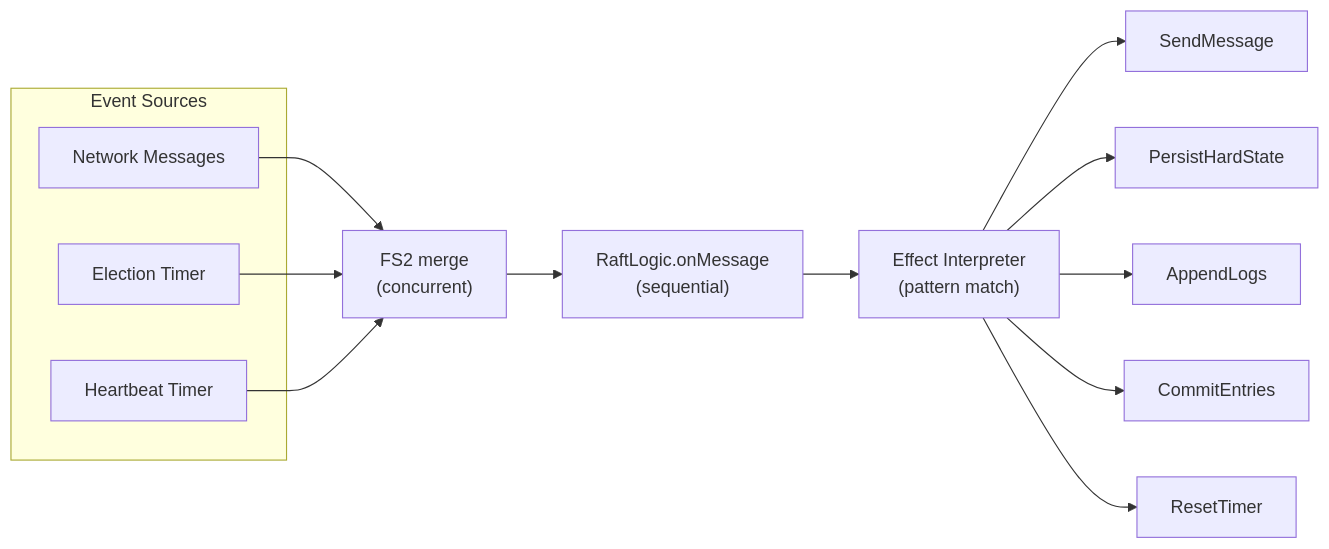
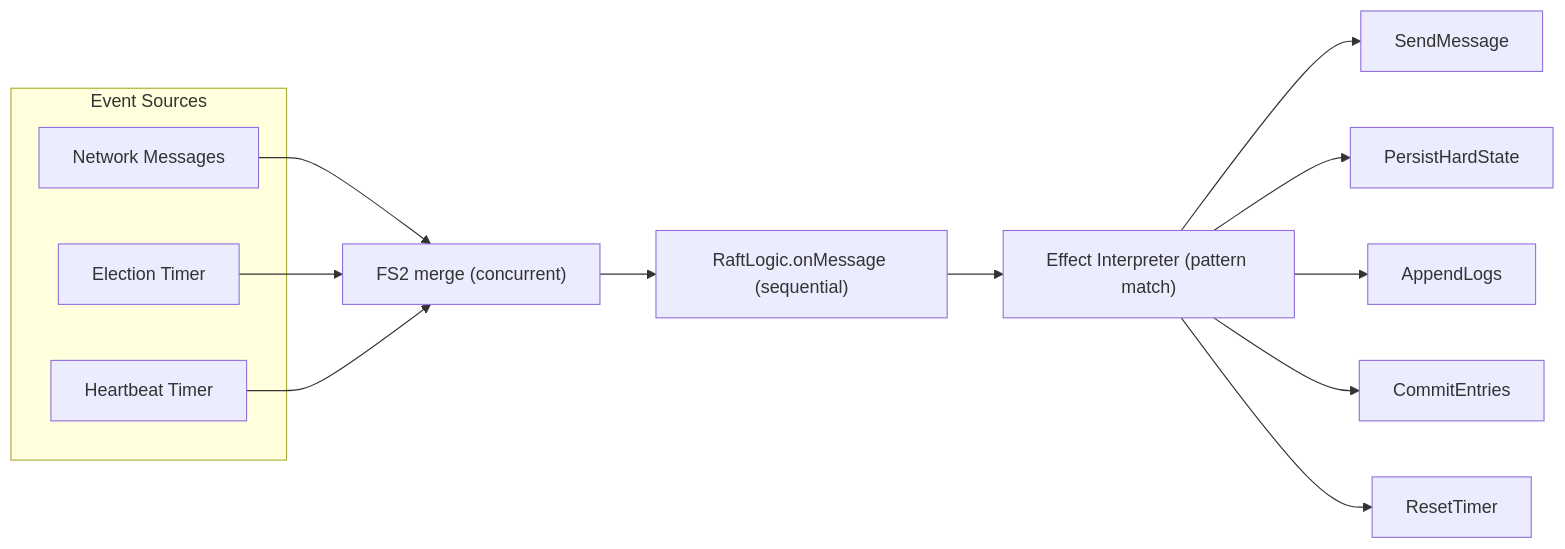
The diagram in docs/book/08-getting-started.md (bmscomp/raft), drawn with Mermaid before and after one commit. The commit also changed 38 other files, not shown here.

First line of the commit message:
docs: replace ASCII art with Mermaid diagrams across book and tutorials

````diff
--- a/docs/book/08-getting-started.md
+++ b/docs/book/08-getting-started.md
@@ -123,20 +123,20 @@
 ```mermaid
 flowchart LR
     subgraph Sources["Event Sources"]
-        N[Network Messages]
-        ET[Election Timer]
-        HT[Heartbeat Timer]
+        N["Network Messages"]
+        ET["Election Timer"]
+        HT["Heartbeat Timer"]
     end
 
-    M["FS2 merge\n(concurrent)"] --> P["RaftLogic.onMessage\n(sequential)"]
+    M["FS2 merge (concurrent)"] --> P["RaftLogic.onMessage (sequential)"]
     N --> M
     ET --> M
     HT --> M
 
-    P --> E["Effect Interpreter\n(pattern match)"]
+    P --> E["Effect Interpreter (pattern match)"]
     E --> Send["SendMessage"]
     E --> Persist["PersistHardState"]
     E --> Append["AppendLogs"]
     E --> Commit["CommitEntries"]
     E --> Timer["ResetTimer"]
 ```
````
